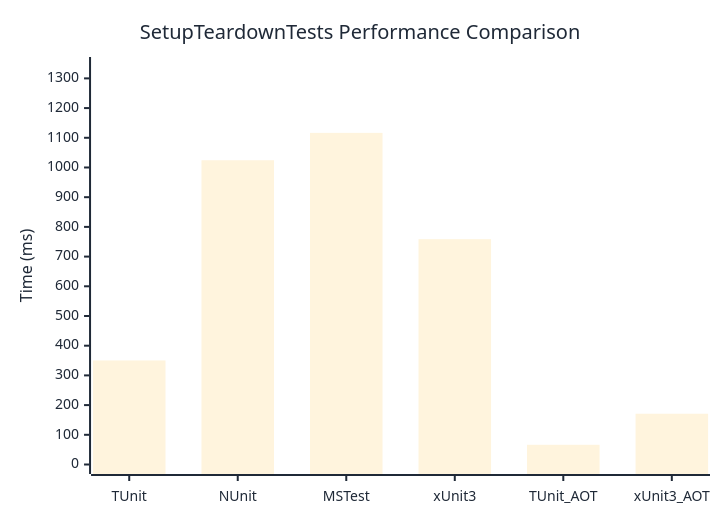
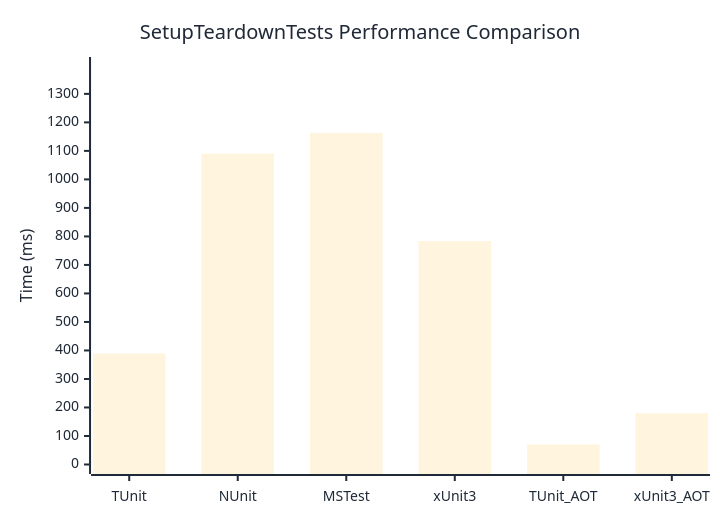
One commit to thomhurst/TUnit changed the diagram in docs/docs/benchmarks/engine/SetupTeardownTests.md. Above: the diagram before and after it, drawn with Mermaid. The commit also changed other lines of this file and 18 other files, not shown here.

````diff
--- a/docs/docs/benchmarks/engine/SetupTeardownTests.md
+++ b/docs/docs/benchmarks/engine/SetupTeardownTests.md
@@ -30,37 +30,37 @@
 ```mermaid
 %%{init: {
   'theme':'base',
   'themeVariables': {
     'primaryColor': '#2563eb',
     'primaryTextColor': '#1f2937',
     'primaryBorderColor': '#1e40af',
     'lineColor': '#6b7280',
     'secondaryColor': '#7c3aed',
     'tertiaryColor': '#dc2626',
     'background': '#ffffff',
     'mainBkg': '#2563eb',
     'secondBkg': '#7c3aed',
     'tertiaryBkg': '#dc2626',
     'clusterBkg': '#f3f4f6',
     'edgeLabelBackground': '#ffffff',
     'tertiaryTextColor': '#1f2937',
     'pie1': '#2563eb',
     'pie2': '#7c3aed',
     'pie3': '#dc2626',
     'pie4': '#f59e0b',
     'pie5': '#10b981',
     'pie6': '#06b6d4',
     'pie7': '#ec4899',
     'pie8': '#6366f1',
     'pie9': '#84cc16',
     'pie10': '#f97316',
     'pie11': '#14b8a6',
     'pie12': '#a855f7'
   }
 }}%%
 xychart-beta
   title "SetupTeardownTests Performance Comparison"
   x-axis ["TUnit", "NUnit", "MSTest", "xUnit3", "TUnit_AOT", "xUnit3_AOT"]
-  y-axis "Time (ms)" 0 --> 1340
-  bar [350.34, 1024.36, 1116.57, 758.64, 66.39, 170.95]
+  y-axis "Time (ms)" 0 --> 1396
+  bar [389.4, 1090.23, 1163.1, 784, 70.18, 179.9]
 ```
````
